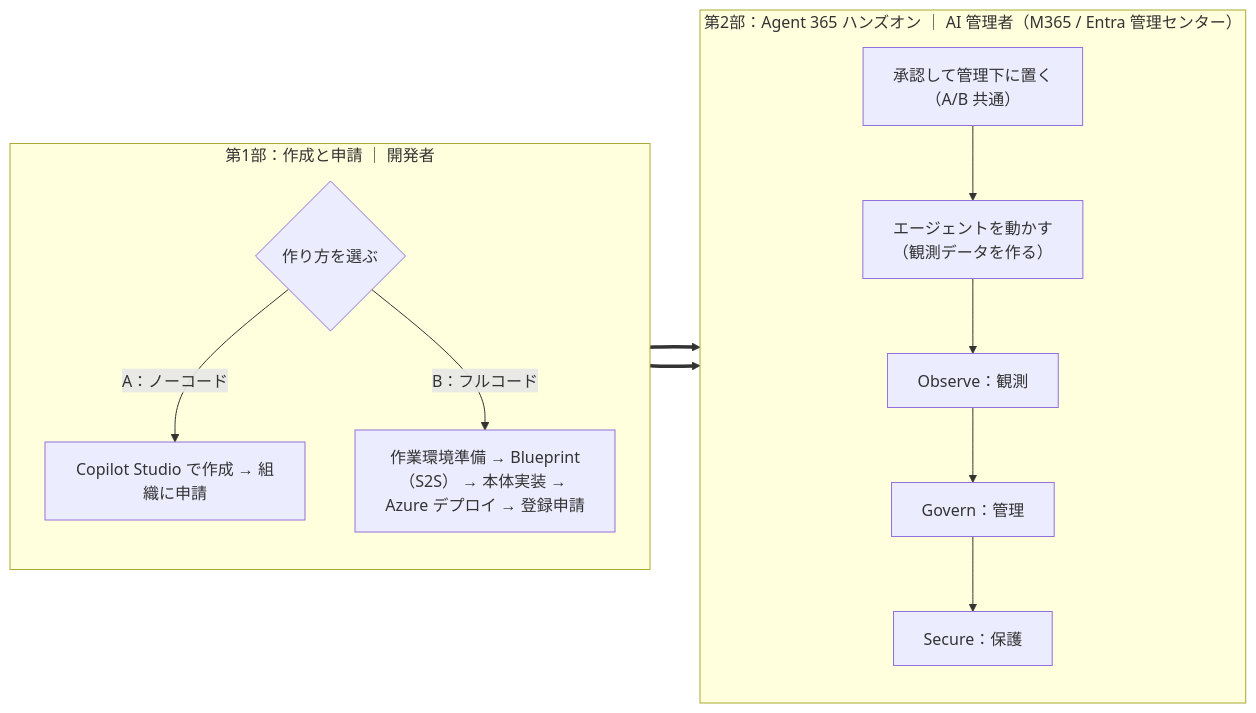
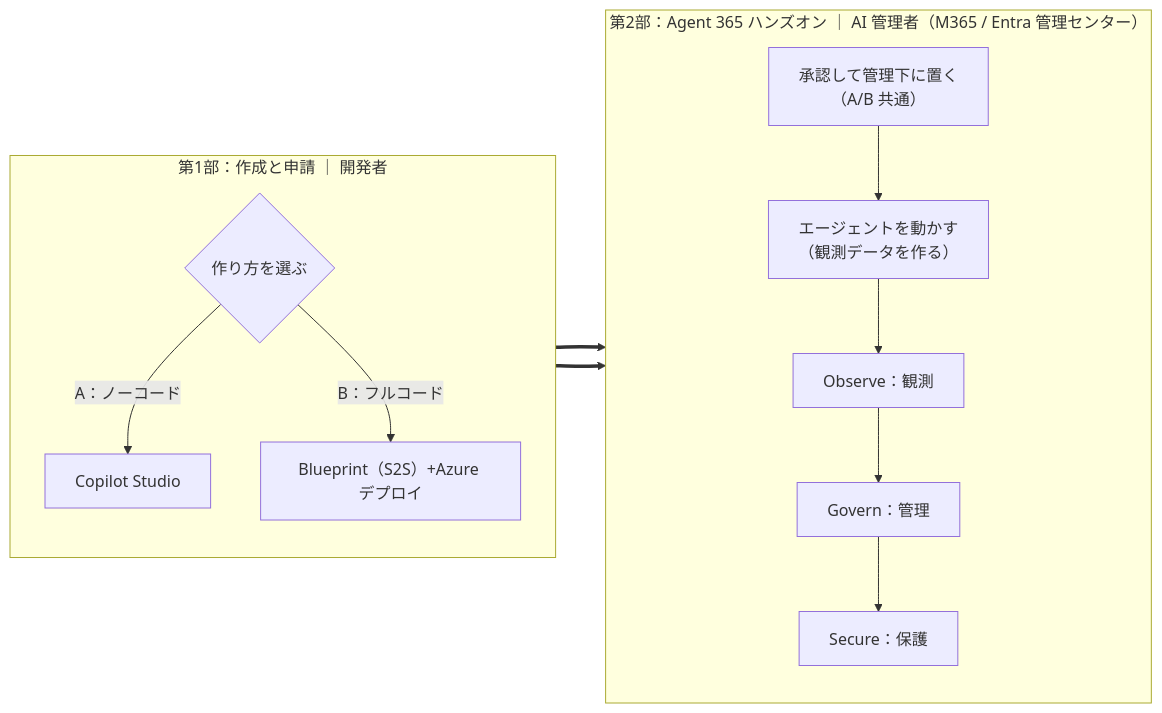
One commit to fatman3110/Agent365-Training changed the diagram in README.MD. Above: the diagram before and after it, drawn with Mermaid. The commit also changed other lines of this file and 1 other file, not shown here.

Commit message:
teams channel updated

````diff
--- a/README.MD
+++ b/README.MD
@@ -22,18 +22,18 @@
 ```mermaid
 flowchart LR
     subgraph P1["第1部：作成と申請 ｜ 開発者"]
         direction TB
         A0{"作り方を選ぶ"}
-        A0 -->|"A：ノーコード"| AA["Copilot Studio で作成 → 組織に申請"]
-        A0 -->|"B：フルコード"| AB["作業環境準備 → Blueprint（S2S） → 本体実装 → Azure デプロイ → 登録申請"]
+        A0 -->|"A：ノーコード"| AA["Copilot Studio "]
+        A0 -->|"B：フルコード"| AB["Blueprint（S2S）+Azure デプロイ"]
     end
     subgraph P2["第2部：Agent 365 ハンズオン ｜ AI 管理者（M365 / Entra 管理センター）"]
         direction TB
         B1["承認して管理下に置く<br/>（A/B 共通）"] --> B2["エージェントを動かす<br/>（観測データを作る）"]
         B2 --> B3["Observe：観測"]
         B3 --> B4["Govern：管理"]
         B4 --> B5["Secure：保護"]
     end
     AA ==> B1
     AB ==> B1
 ```
````
